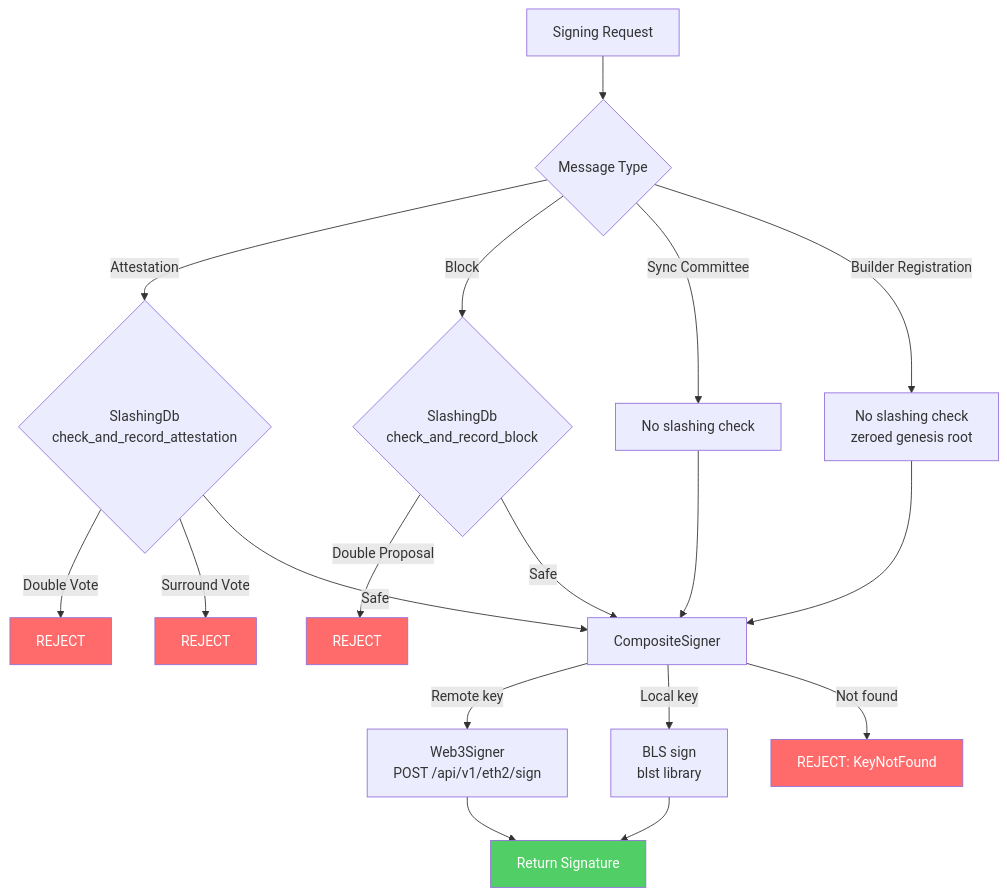
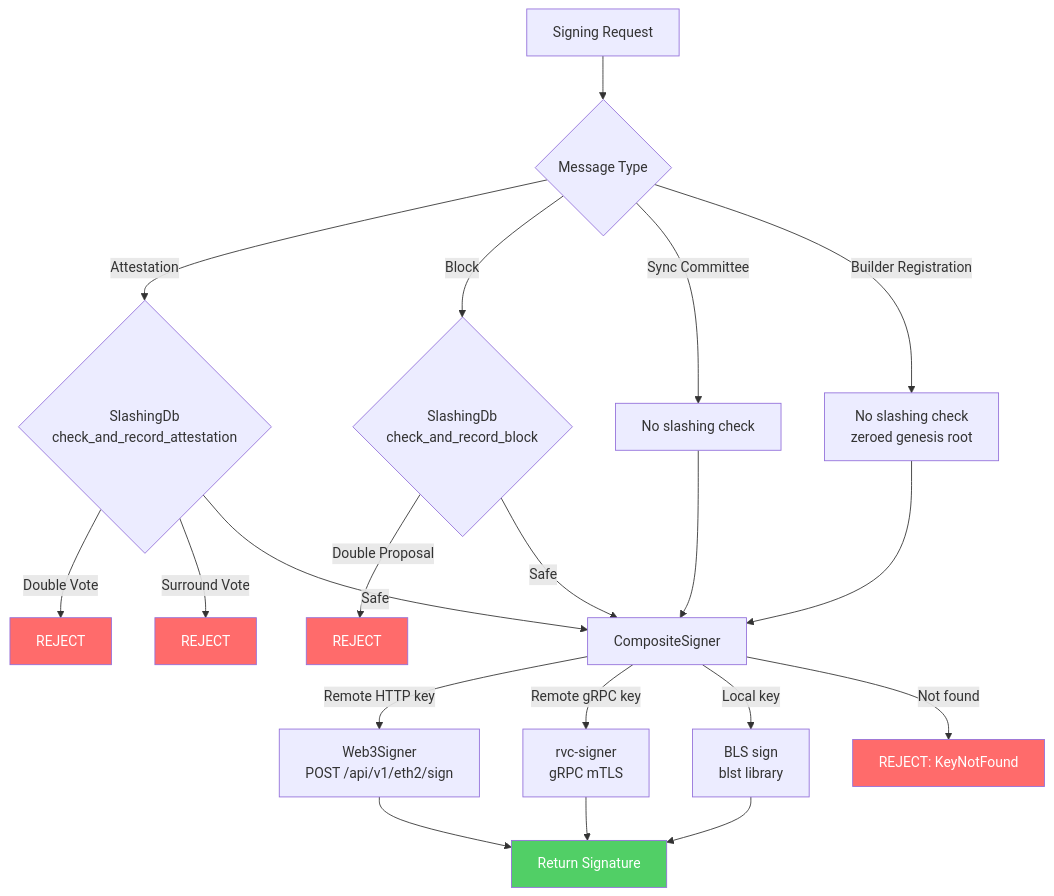
Before and after one commit to dsrvlabs/rvc: the sixth of 8 diagrams in ARCHITECTURE.md, drawn with Mermaid. The commit also changed other lines of this file and 1 other file, not shown here.

First line of the commit message:
docs: add rvc-signer and grpc-signer to architecture and running guide

````diff
--- a/ARCHITECTURE.md
+++ b/ARCHITECTURE.md
@@ -294,29 +314,31 @@
 ```mermaid
 flowchart TD
     A[Signing Request] --> B{Message Type}
     B -->|Attestation| C{SlashingDb<br/>check_and_record_attestation}
     B -->|Block| D{SlashingDb<br/>check_and_record_block}
     B -->|Sync Committee| E[No slashing check]
     B -->|Builder Registration| F[No slashing check<br/>zeroed genesis root]
 
     C -->|Double Vote| X1[REJECT]
     C -->|Surround Vote| X2[REJECT]
     C -->|Safe| G[CompositeSigner]
     D -->|Double Proposal| X3[REJECT]
     D -->|Safe| G
     E --> G
     F --> G
 
-    G -->|Remote key| H[Web3Signer<br/>POST /api/v1/eth2/sign]
+    G -->|Remote HTTP key| H[Web3Signer<br/>POST /api/v1/eth2/sign]
+    G -->|Remote gRPC key| H2[rvc-signer<br/>gRPC mTLS]
     G -->|Local key| I[BLS sign<br/>blst library]
     G -->|Not found| X4[REJECT: KeyNotFound]
 
     H --> J[Return Signature]
+    H2 --> J
     I --> J
 
     style X1 fill:#ff6b6b,color:#fff
     style X2 fill:#ff6b6b,color:#fff
     style X3 fill:#ff6b6b,color:#fff
     style X4 fill:#ff6b6b,color:#fff
     style J fill:#51cf66,color:#fff
 ```
````
